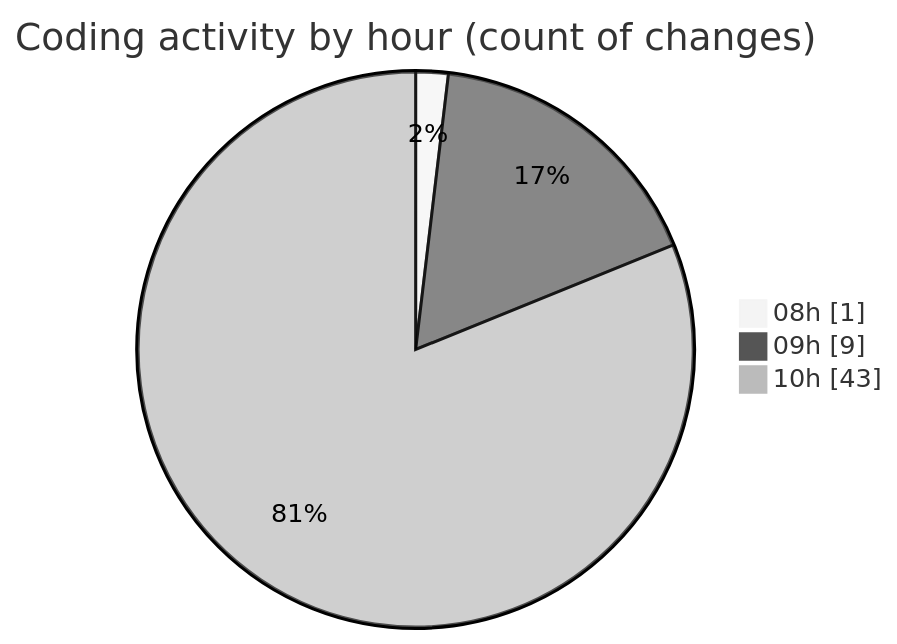
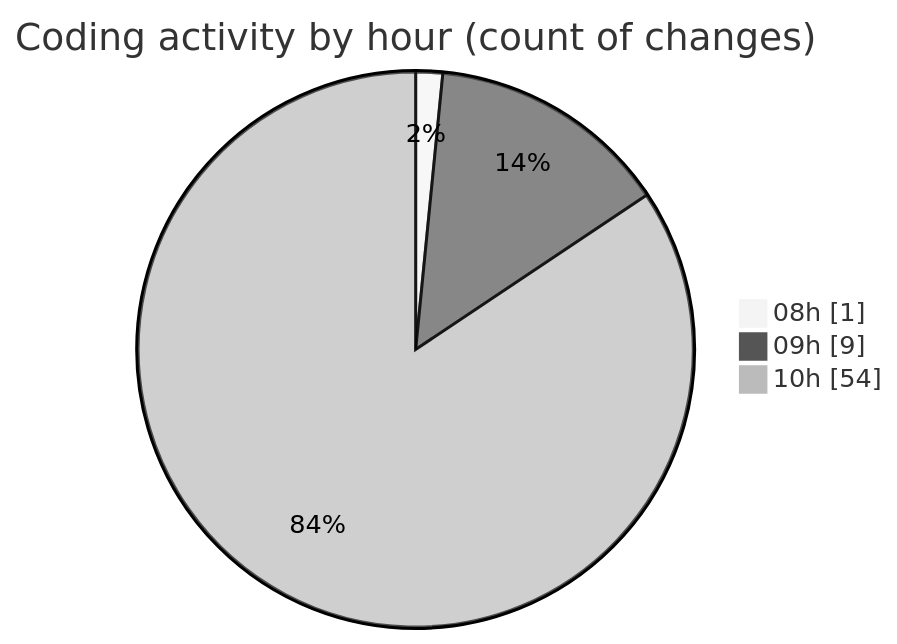
One commit to BS-eng2023/code-tracking changed the second of 2 diagrams in 2025-04-04/jsvms/README.md. Above: the diagram before and after it, drawn with Mermaid (neutral theme). The commit also changed other lines of this file and 1 other file, not shown here.

````diff
--- a/2025-04-04/jsvms/README.md
+++ b/2025-04-04/jsvms/README.md
@@ -37,7 +37,7 @@
 ```mermaid
 pie showData
 title Coding activity by hour (count of changes)
 "08h" : 1
 "09h" : 9
-"10h" : 43
+"10h" : 54
 ```
````
